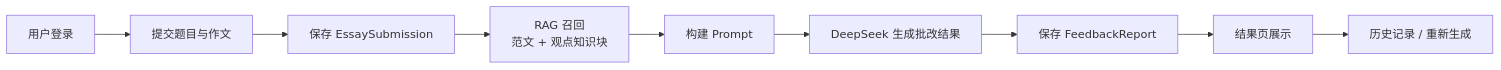
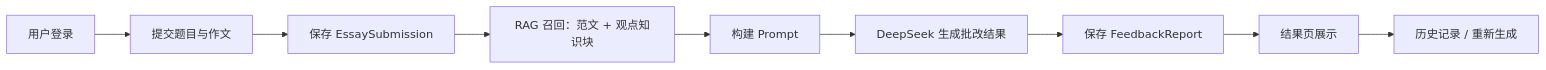
One commit to llff-ai/ielts-writing changed the diagram in README.md. Above: the diagram before and after it, drawn with Mermaid. The commit also changed other lines of this file and 1 other file, not shown here.

````diff
--- a/README.md
+++ b/README.md
@@ -35,11 +41,11 @@
 ```mermaid
 flowchart LR
     A["用户登录"] --> B["提交题目与作文"]
     B --> C["保存 EssaySubmission"]
-    C --> D["RAG 召回\n范文 + 观点知识块"]
+    C --> D["RAG 召回：范文 + 观点知识块"]
     D --> E["构建 Prompt"]
     E --> F["DeepSeek 生成批改结果"]
     F --> G["保存 FeedbackReport"]
     G --> H["结果页展示"]
     H --> I["历史记录 / 重新生成"]
 ```
````
